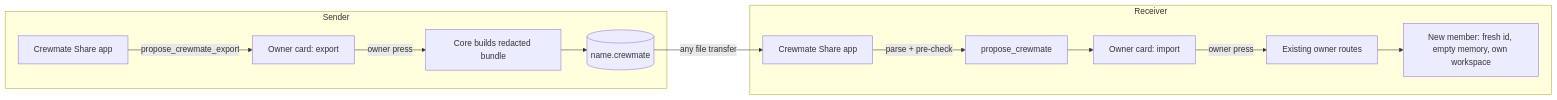
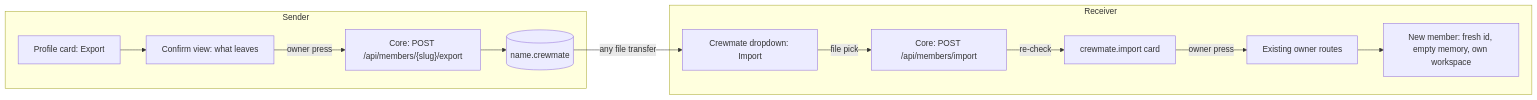
Before and after one commit to Behordeun/KiroCrew: the diagram in docs/request-for-change/rfc-crewmate-share.md, drawn with Mermaid. The commit also changed other lines of this file and 6 other files, not shown here.

First line of the commit message:
docs(rfc): move crewmate export and import into owner UI (#21746)

````diff
--- a/docs/request-for-change/rfc-crewmate-share.md
+++ b/docs/request-for-change/rfc-crewmate-share.md
@@ -68,15 +73,15 @@
 ```mermaid
 flowchart LR
   subgraph Sender
-    A[Crewmate Share app] -->|"propose_crewmate_export"| C1[Owner card: export]
-    C1 -->|owner press| X[Core builds redacted bundle]
+    A[Profile card: Export] --> C1[Confirm view: what leaves]
+    C1 -->|owner press| X["Core: POST /api/members/{slug}/export"]
     X --> F[(name.crewmate)]
   end
   F -->|any file transfer| G
   subgraph Receiver
-    G[Crewmate Share app] -->|parse + pre-check| P[propose_crewmate]
-    P --> C2[Owner card: import]
+    G[Crewmate dropdown: Import] -->|file pick| P["Core: POST /api/members/import"]
+    P -->|re-check| C2[crewmate.import card]
     C2 -->|owner press| R[Existing owner routes]
     R --> M[New member: fresh id, empty memory, own workspace]
   end
 ```
````
